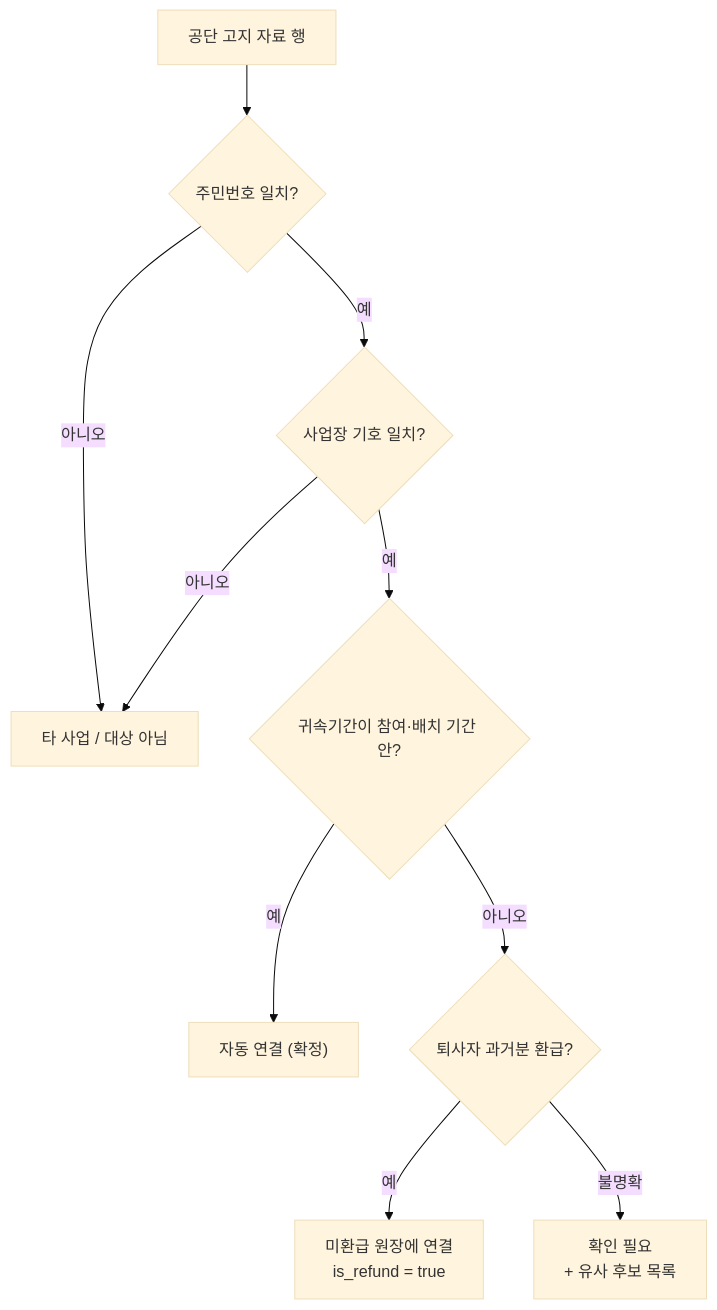
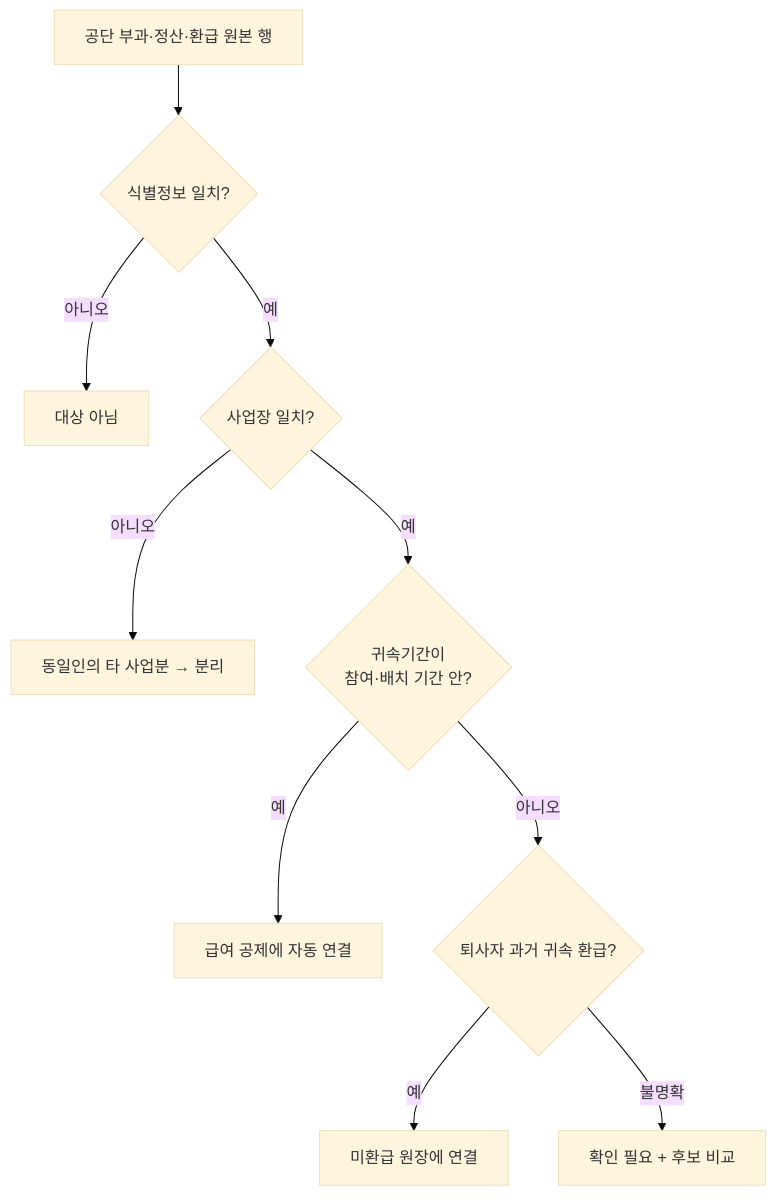
One commit to YC-CapstoneDesign-5/.github changed the tenth of 15 diagrams in docs/ARCHITECTURE.md. Above: the diagram before and after it, drawn with Mermaid (base theme). The commit also changed other lines of this file and 7 other files, not shown here.

````diff
--- a/docs/ARCHITECTURE.md
+++ b/docs/ARCHITECTURE.md
@@ -225,12 +314,12 @@
 ```mermaid
 flowchart TD
-    A["공단 고지 자료 행"] --> B{"주민번호 일치?"}
-    B -->|아니오| X["타 사업 / 대상 아님"]
-    B -->|예| C{"사업장 기호 일치?"}
-    C -->|아니오| X
-    C -->|예| D{"귀속기간이 참여·배치 기간 안?"}
-    D -->|예| OK["자동 연결 (확정)"]
-    D -->|아니오| R{"퇴사자 과거분 환급?"}
-    R -->|예| RF["미환급 원장에 연결<br>is_refund = true"]
-    R -->|불명확| CK["확인 필요<br>+ 유사 후보 목록"]
+    A["공단 부과·정산·환급 원본 행"] --> B{"식별정보 일치?"}
+    B -->|아니오| X["대상 아님"]
+    B -->|예| C{"사업장 일치?"}
+    C -->|아니오| X2["동일인의 타 사업분 → 분리"]
+    C -->|예| D{"귀속기간이<br>참여·배치 기간 안?"}
+    D -->|예| OK["급여 공제에 자동 연결"]
+    D -->|아니오| R{"퇴사자 과거 귀속 환급?"}
+    R -->|예| RF["미환급 원장에 연결"]
+    R -->|불명확| CK["확인 필요 + 후보 비교"]
 ```
````
